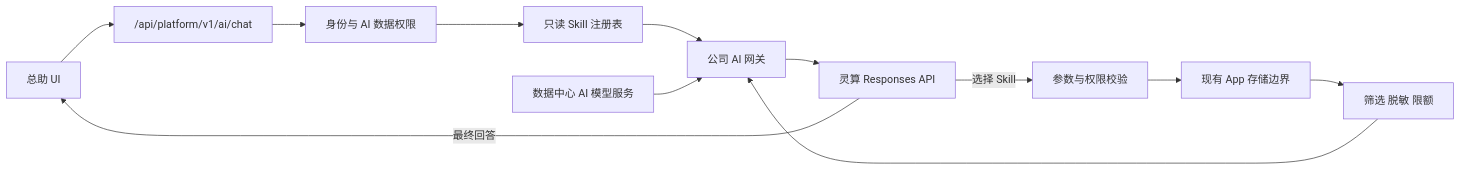
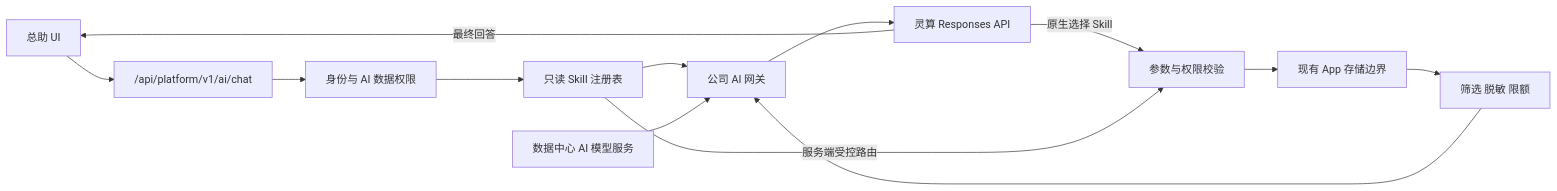
Before and after one commit to 489688547/product-flow-system: the diagram in docs/features/company-ai-assistant/design.md, drawn with Mermaid. The commit also changed other lines of this file and 14 other files, not shown here.

````diff
--- a/docs/features/company-ai-assistant/design.md
+++ b/docs/features/company-ai-assistant/design.md
@@ -147,14 +147,15 @@
 ```mermaid
 flowchart LR
   Browser["总助 UI"] --> Api["/api/platform/v1/ai/chat"]
   Api --> Auth["身份与 AI 数据权限"]
   Auth --> Registry["只读 Skill 注册表"]
   Registry --> Gateway["公司 AI 网关"]
   Gateway --> Provider["灵算 Responses API"]
-  Provider -->|选择 Skill| Executor["参数与权限校验"]
+  Provider -->|原生选择 Skill| Executor["参数与权限校验"]
+  Registry -->|服务端受控路由| Executor
   Executor --> Stores["现有 App 存储边界"]
   Stores --> SafeResult["筛选 脱敏 限额"]
   SafeResult --> Gateway
   Provider -->|最终回答| Browser
   DataCenter["数据中心 AI 模型服务"] --> Gateway
 ```
````
